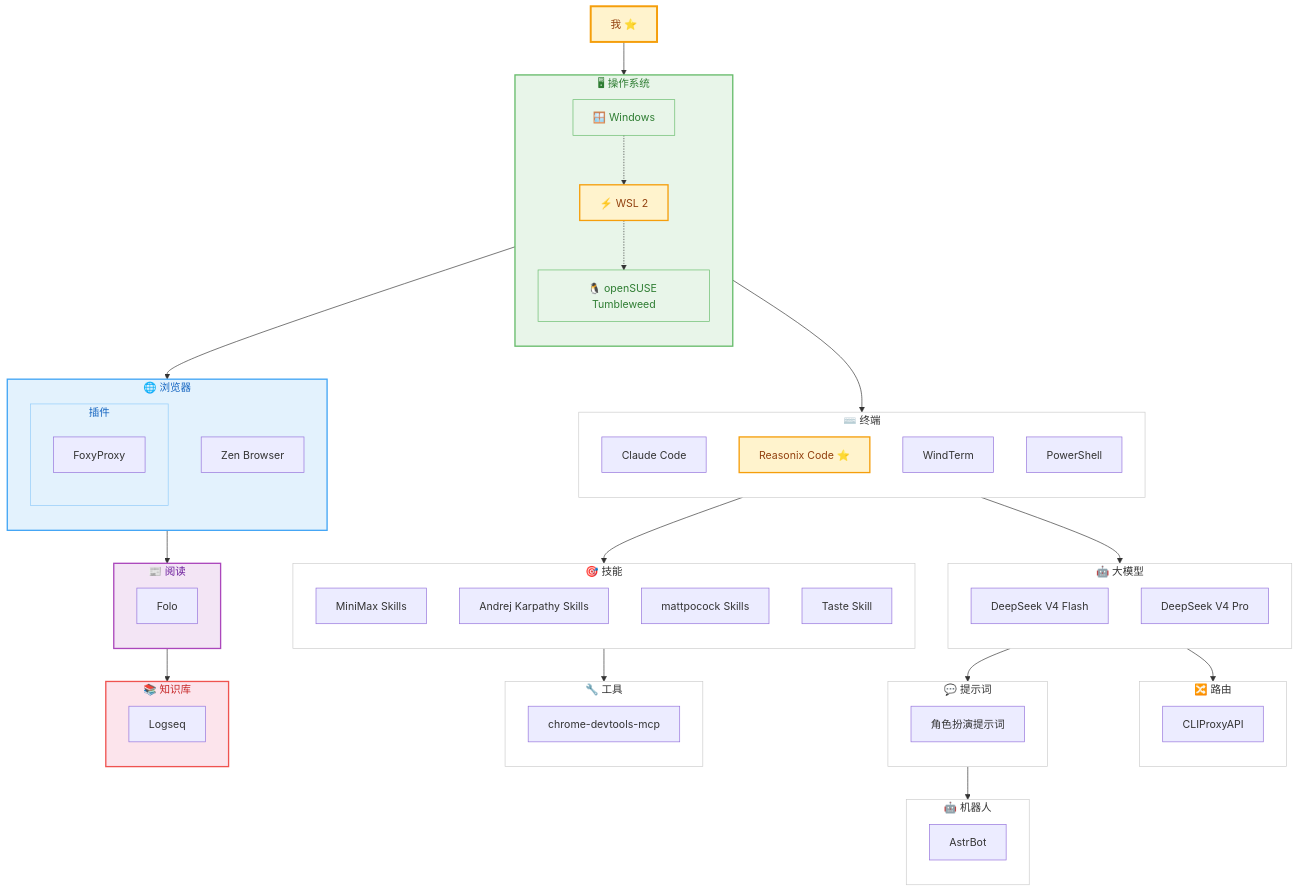
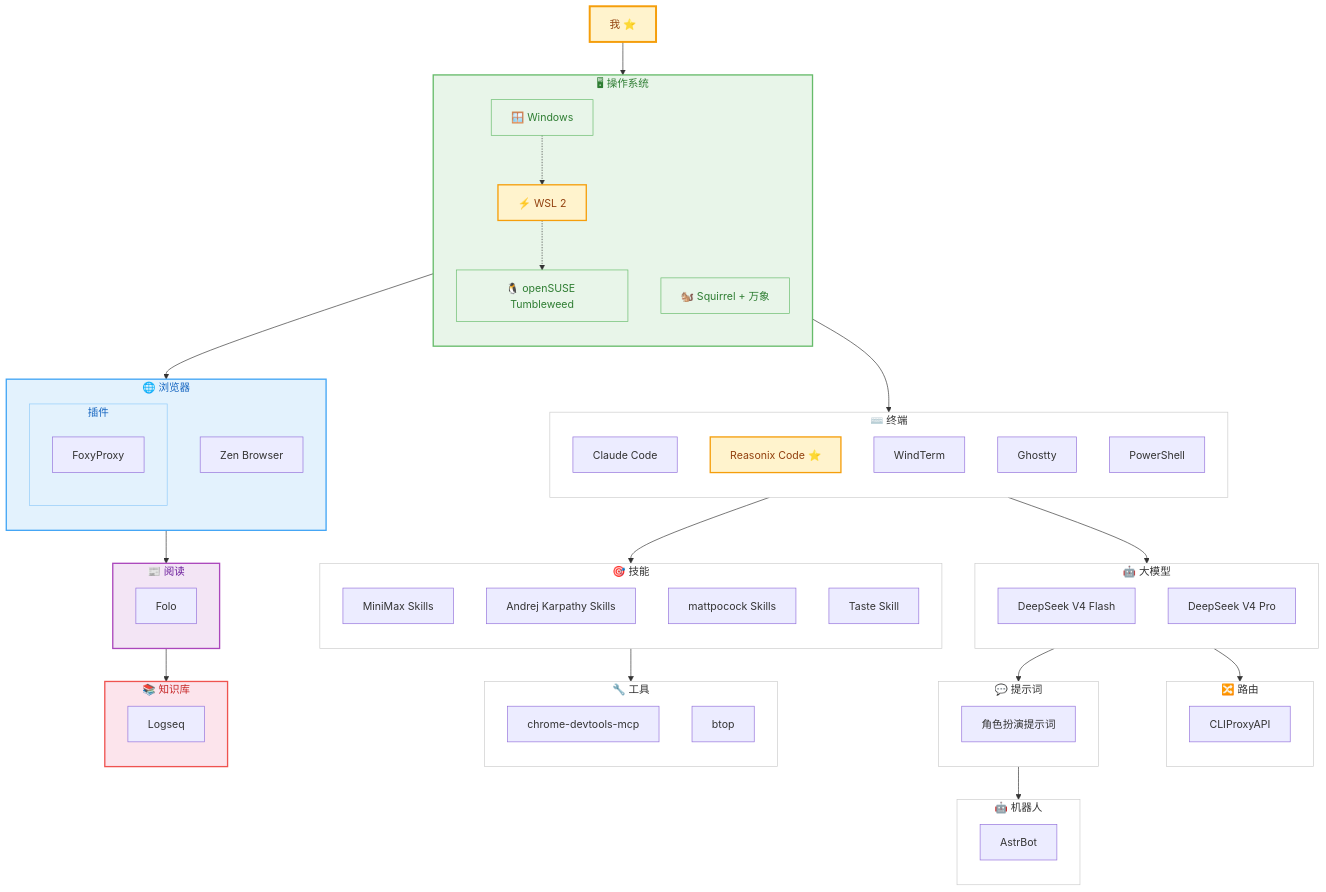
Before and after one commit to yuanxin518/ai-path: the diagram in README.md, drawn with Mermaid. The commit also changed other lines of this file and 3 other files, not shown here.

First line of the commit message:
docs: add Squirrel(鼠须管) + 万象 pinyin input method, Ghostty, btop

```diff
--- a/README.md
+++ b/README.md
@@ -32,10 +32,12 @@
         SUSE["🐧 openSUSE Tumbleweed"]
         WIN -.-> WSL2
         WSL2 -.-> SUSE
+        SQ["🐿️ Squirrel + 万象"]
     end
     style WIN fill:#e8f5e9,stroke:#66bb6a,stroke-width:1px,color:#2e7d32
     style WSL2 fill:#fff3cd,stroke:#f59e0b,stroke-width:2px,color:#92400e
     style SUSE fill:#e8f5e9,stroke:#66bb6a,stroke-width:1px,color:#2e7d32
+    style SQ fill:#e8f5e9,stroke:#66bb6a,stroke-width:1px,color:#2e7d32
     style N00 fill:#e8f5e9,stroke:#66bb6a,stroke-width:2px,color:#2e7d32
 
     subgraph N01["⌨️ 终端"]
@@ -43,6 +45,7 @@
         CC["Claude Code"]
         RX["Reasonix Code ⭐"]
         WT["WindTerm"]
+        GT["Ghostty"]
         PS["PowerShell"]
     end
     style RX fill:#fff3cd,stroke:#f59e0b,stroke-width:2px,color:#92400e
@@ -79,6 +82,7 @@
     subgraph N05["🔧 工具"]
         direction TB
         CDM["chrome-devtools-mcp"]
+        BT["btop"]
     end
     style N05 fill:#ffffff,stroke:#cccccc,stroke-width:1px,color:#333333
 
```
